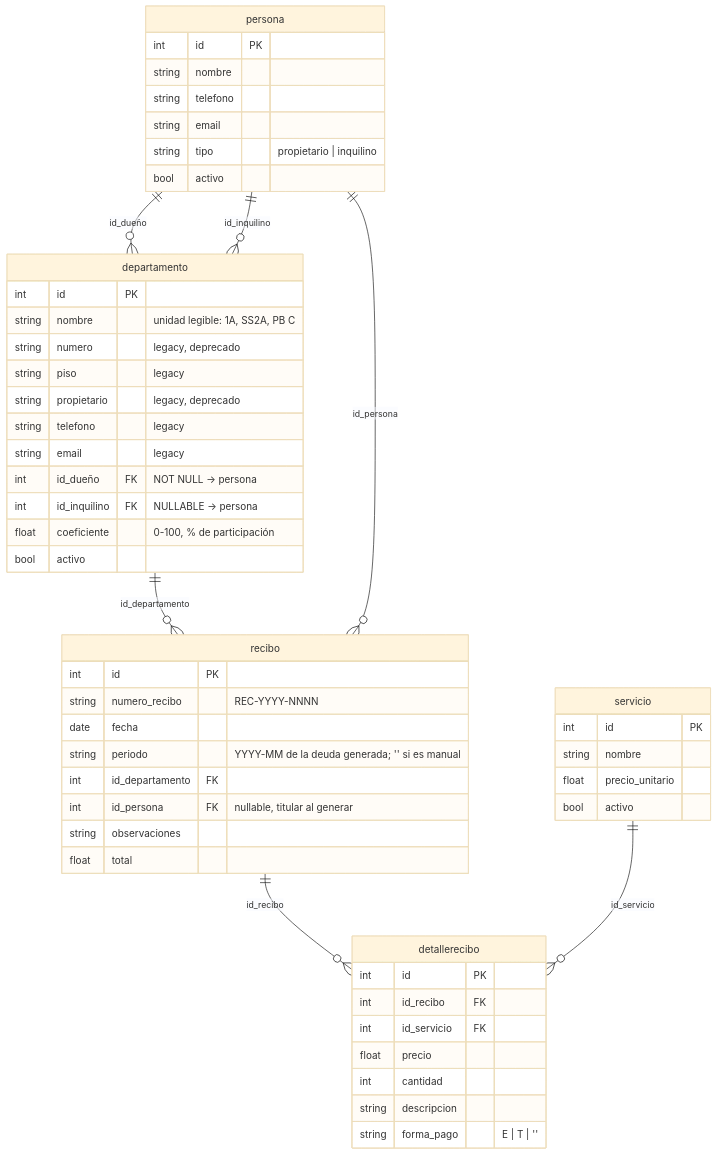
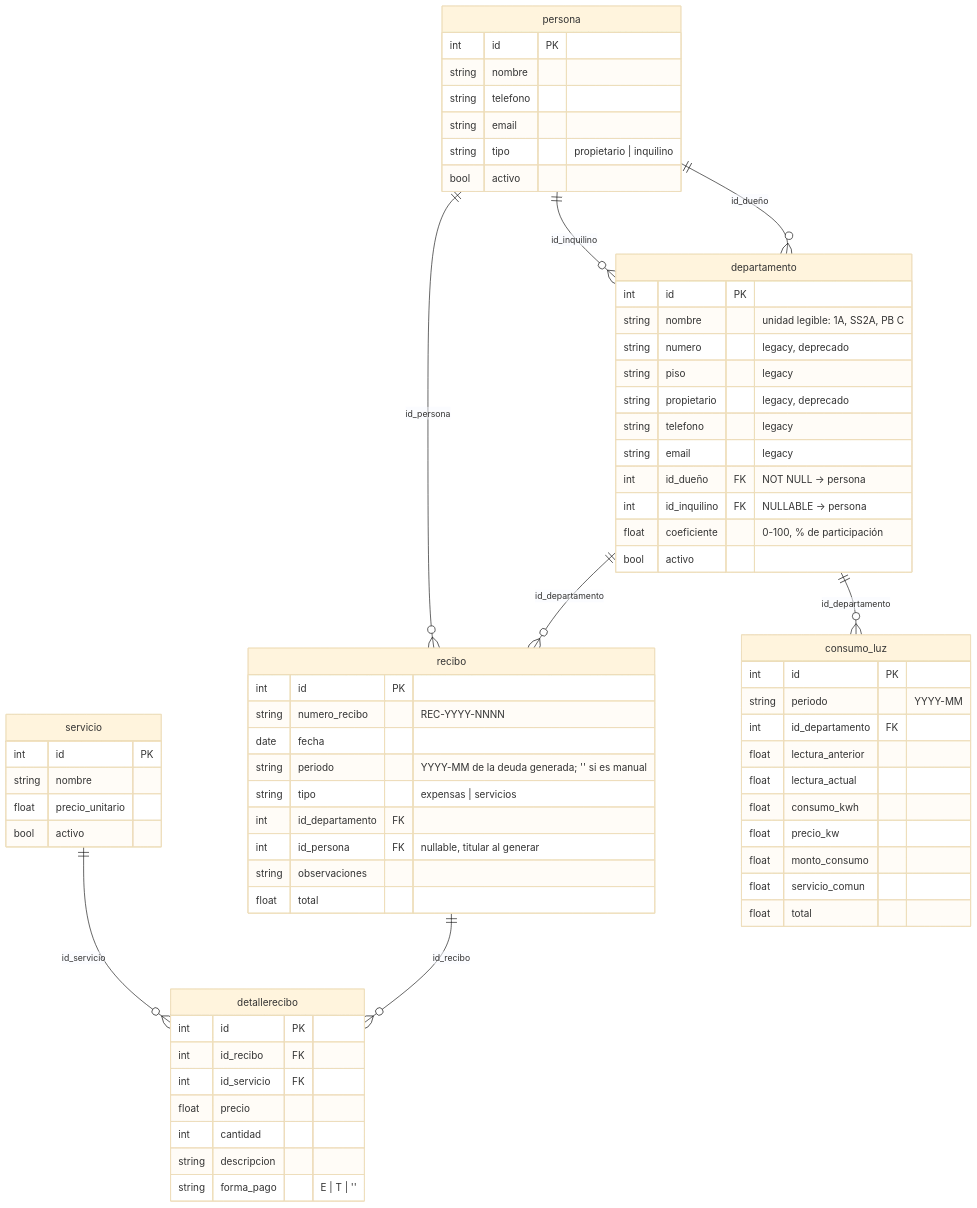
The diagram in docs/modelo-de-datos.md (dlazarte/recibosGo), drawn with Mermaid (base theme) before and after one commit. The commit also changed other lines of this file and 10 other files, not shown here.

Commit message:
feat: generar expensas y servicios (luz EDET)

````diff
--- a/docs/modelo-de-datos.md
+++ b/docs/modelo-de-datos.md
@@ -5,56 +5,70 @@
 ```mermaid
 erDiagram
     persona ||--o{ departamento : "id_dueño"
     persona ||--o{ departamento : "id_inquilino"
     departamento ||--o{ recibo : "id_departamento"
     persona ||--o{ recibo : "id_persona"
     recibo ||--o{ detallerecibo : "id_recibo"
     servicio ||--o{ detallerecibo : "id_servicio"
+    departamento ||--o{ consumo_luz : "id_departamento"
 
     departamento {
         int id PK
         string nombre "unidad legible: 1A, SS2A, PB C"
         string numero "legacy, deprecado"
         string piso "legacy"
         string propietario "legacy, deprecado"
         string telefono "legacy"
         string email "legacy"
         int id_dueño FK "NOT NULL → persona"
         int id_inquilino FK "NULLABLE → persona"
         float coeficiente "0-100, % de participación"
         bool activo
     }
     persona {
         int id PK
         string nombre
         string telefono
         string email
         string tipo "propietario | inquilino"
         bool activo
     }
     recibo {
         int id PK
         string numero_recibo "REC-YYYY-NNNN"
         date fecha
         string periodo "YYYY-MM de la deuda generada; '' si es manual"
+        string tipo "expensas | servicios"
         int id_departamento FK
         int id_persona FK "nullable, titular al generar"
         string observaciones
         float total
     }
     servicio {
         int id PK
         string nombre
         float precio_unitario
         bool activo
     }
     detallerecibo {
         int id PK
         int id_recibo FK
         int id_servicio FK
         float precio
         int cantidad
         string descripcion
         string forma_pago "E | T | ''"
     }
+    consumo_luz {
+        int id PK
+        string periodo "YYYY-MM"
+        int id_departamento FK
+        float lectura_anterior
+        float lectura_actual
+        float consumo_kwh
+        float precio_kw
+        float monto_consumo
+        float servicio_comun
+        float total
+    }
 ```
````
